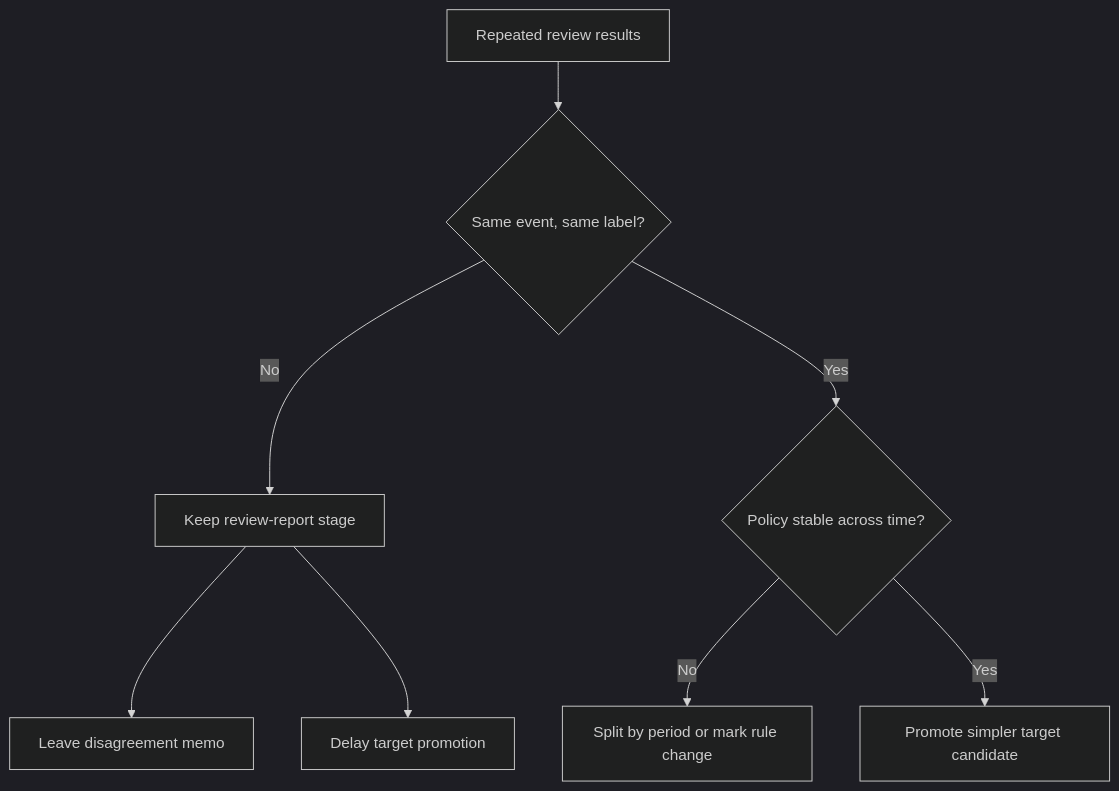
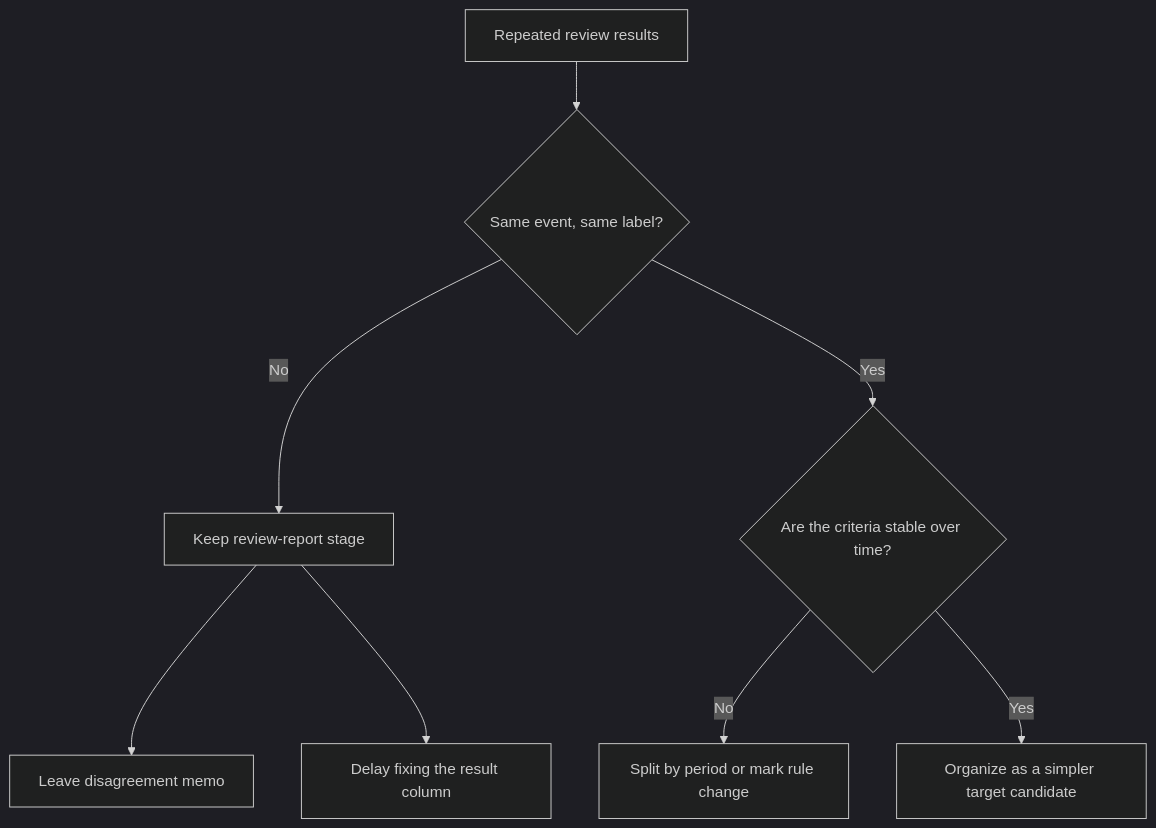
Before and after one commit to devchan64/AiBook: the diagram in docs/en/parts/part-03/chapter-09/section-06.md, drawn with Mermaid (dark theme). The commit also changed other lines of this file and 43 other files, not shown here.

````diff
--- a/docs/en/parts/part-03/chapter-09/section-06.md
+++ b/docs/en/parts/part-03/chapter-09/section-06.md
@@ -77,10 +77,10 @@
 ```mermaid
 flowchart TD
     A[Repeated review results] --> B{Same event, same label?}
     B -- No --> C[Keep review-report stage]
     C --> C1[Leave disagreement memo]
-    C --> C2[Delay target promotion]
-    B -- Yes --> D{Policy stable across time?}
+    C --> C2[Delay fixing the result column]
+    B -- Yes --> D{Are the criteria stable over time?}
     D -- No --> E[Split by period or mark rule change]
-    D -- Yes --> F[Promote simpler target candidate]
+    D -- Yes --> F[Organize as a simpler target candidate]
 ```
````
